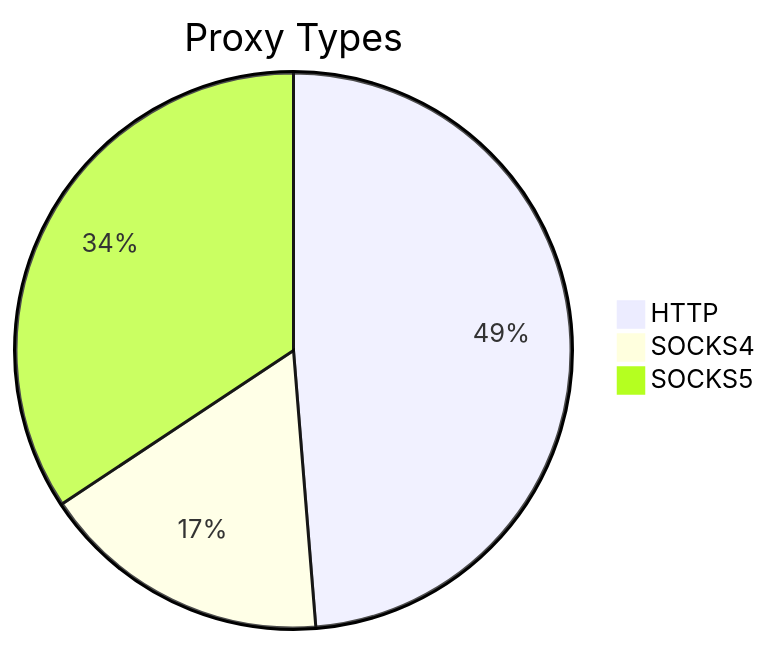
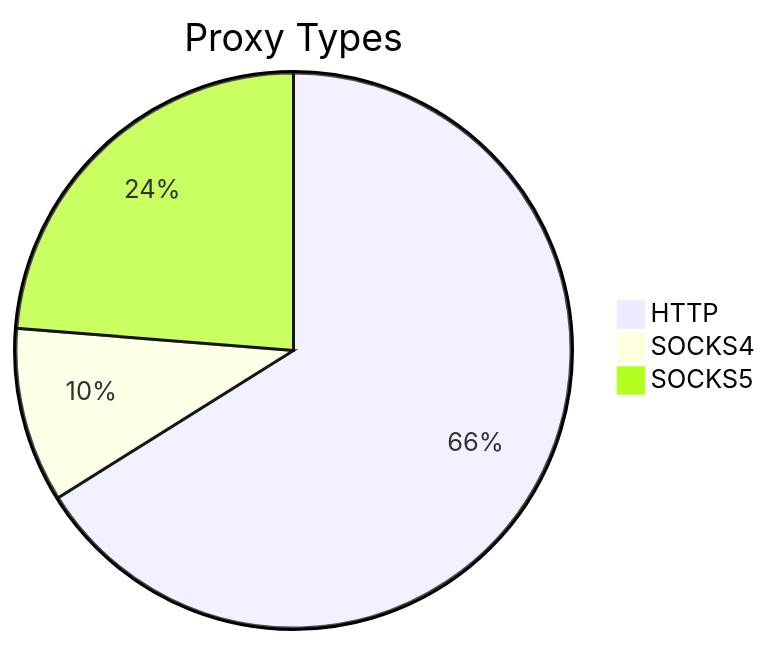
Before and after one commit to stormsia/proxy-list: the first of 2 diagrams in README.md, drawn with Mermaid. The commit also changed other lines of this file, not shown here.

````diff
--- a/README.md
+++ b/README.md
@@ -21,6 +21,6 @@
 ```mermaid
 pie title Proxy Types
-    "HTTP" : 247
-    "SOCKS4" : 86
-    "SOCKS5" : 174
+    "HTTP" : 234
+    "SOCKS4" : 36
+    "SOCKS5" : 84
 ```
````
